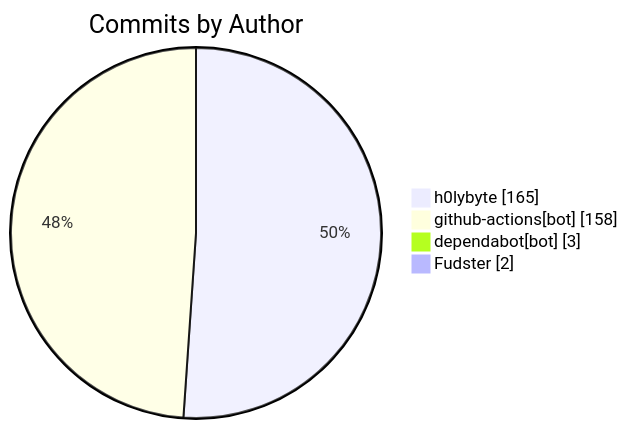
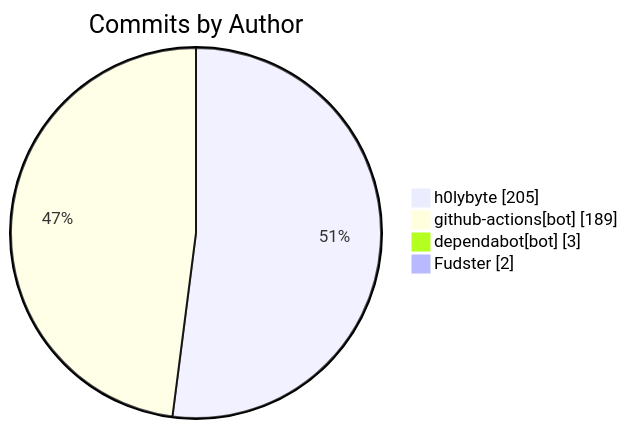
One commit to KBVE/kbve changed the diagram in apps/kbve/astro-kbve/src/content/docs/dashboard/activity.mdx. Above: the diagram before and after it, drawn with Mermaid. The commit also changed other lines of this file and 1 other file, not shown here.

````diff
--- a/apps/kbve/astro-kbve/src/content/docs/dashboard/activity.mdx
+++ b/apps/kbve/astro-kbve/src/content/docs/dashboard/activity.mdx
@@ -136,8 +136,8 @@
 ```mermaid
 pie showData
     title Commits by Author
-    "h0lybyte" : 165
-    "github-actions[bot]" : 158
+    "h0lybyte" : 205
+    "github-actions[bot]" : 189
     "dependabot[bot]" : 3
     "Fudster" : 2
 ```
````
